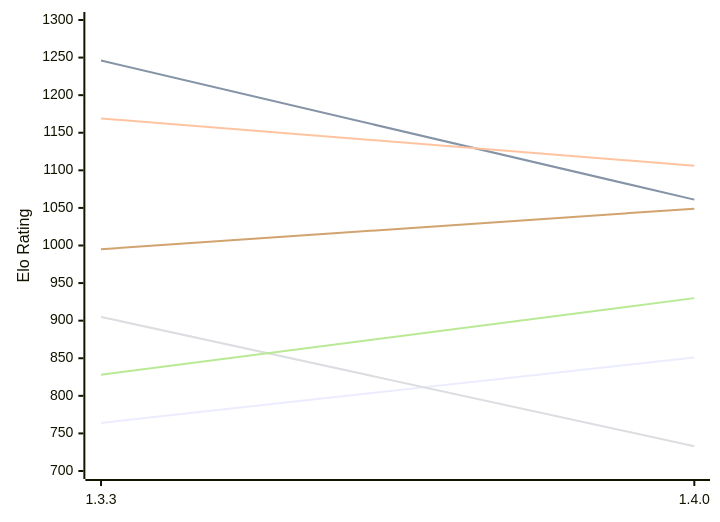
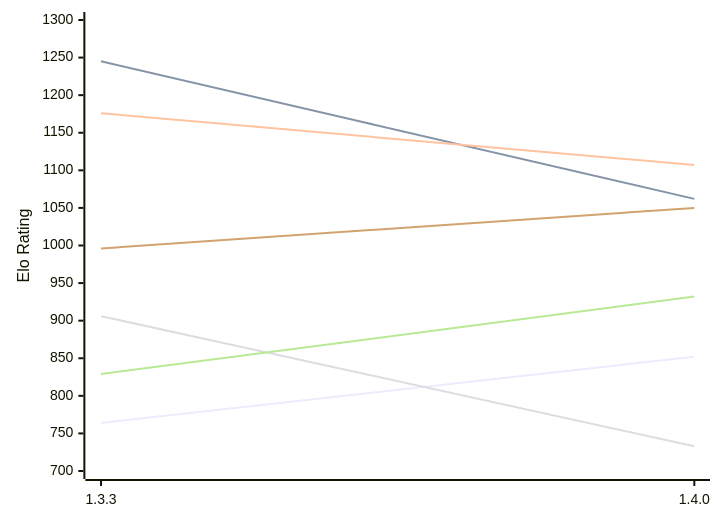
Before and after one commit to computer-chess-index/cci: the first of 2 diagrams in engines/Whitespine.md, drawn with Mermaid. The commit also changed other lines of this file, not shown here.

Commit message:
Update CCI Ratings (ELO VLTC) - 2026-11-24

````diff
--- a/engines/Whitespine.md
+++ b/engines/Whitespine.md
@@ -51,12 +51,12 @@
 ```mermaid
 %%{init: {"theme":"base","themeVariables":{"seriesColors:['#a3a3a3','#222221','#faa371']}}}%%
 xychart-beta
   x-axis ["1.3.3", "1.4.0"]
   y-axis "Elo Rating" 700 --> 1300
-  line "E1: STC (8.0+0.08s)" [764, 851]
-  line "E1: LTC (60.0+0.60s)" [1246, 1061]
-  line "E1: VLTC (2m24s+1.12s)" [1169, 1106]
-  line "P1: STC (8.0+0.08s)" [905, 733]
-  line "P1: LTC (60.0+0.60s)" [828, 930]
-  line "P1: VLTC (2m24s+1.12s)" [995, 1049]
+  line "E1: STC (8.0+0.08s)" [764, 852]
+  line "E1: LTC (60.0+0.60s)" [1245, 1062]
+  line "E1: VLTC (2m24s+1.12s)" [1176, 1107]
+  line "P1: STC (8.0+0.08s)" [906, 733]
+  line "P1: LTC (60.0+0.60s)" [829, 932]
+  line "P1: VLTC (2m24s+1.12s)" [996, 1050]
 ```
````
